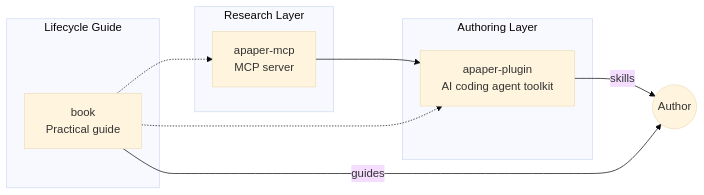
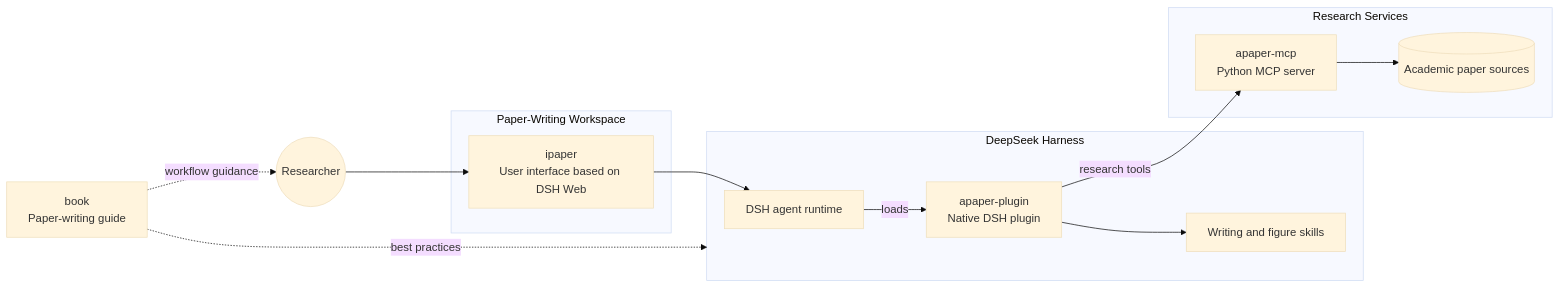
One commit to ai4paper/.github changed the diagram in profile/README.md. Above: the diagram before and after it, drawn with Mermaid (base theme). The commit also changed other lines of this file and 1 other file, not shown here.

Commit message:
docs: update AI4Paper architecture

````diff
--- a/profile/README.md
+++ b/profile/README.md
@@ -13,20 +15,29 @@
 ```mermaid
 flowchart LR
-    subgraph Research [Research Layer]
-        MCP[apaper-mcp<br/>MCP server]
+    USER((Researcher)) --> IPAPER
+
+    subgraph UI [Paper-Writing Workspace]
+        IPAPER[ipaper<br/>User interface based on DSH Web]
     end
 
-    subgraph Authoring [Authoring Layer]
-        PLUGIN[apaper-plugin<br/>AI coding agent toolkit]
+    subgraph AGENT [DeepSeek Harness]
+        DSH[DSH agent runtime]
+        PLUGIN[apaper-plugin<br/>Native DSH plugin]
+        SKILLS[Writing and figure skills]
+        DSH -->|loads| PLUGIN
+        PLUGIN --> SKILLS
     end
 
-    subgraph Guidance [Lifecycle Guide]
-        BOOK[book<br/>Practical guide]
+    subgraph RESEARCH [Research Services]
+        MCP[apaper-mcp<br/>Python MCP server]
+        SOURCES[(Academic paper sources)]
+        MCP --> SOURCES
     end
 
-    MCP --> PLUGIN
-    PLUGIN -->|skills| Author((Author))
-    BOOK -->|guides| Author
-    BOOK -.-> MCP
-    BOOK -.-> PLUGIN
+    IPAPER --> DSH
+    PLUGIN -->|research tools| MCP
+
+    BOOK[book<br/>Paper-writing guide]
+    BOOK -.->|workflow guidance| USER
+    BOOK -.->|best practices| AGENT
 ```
````
